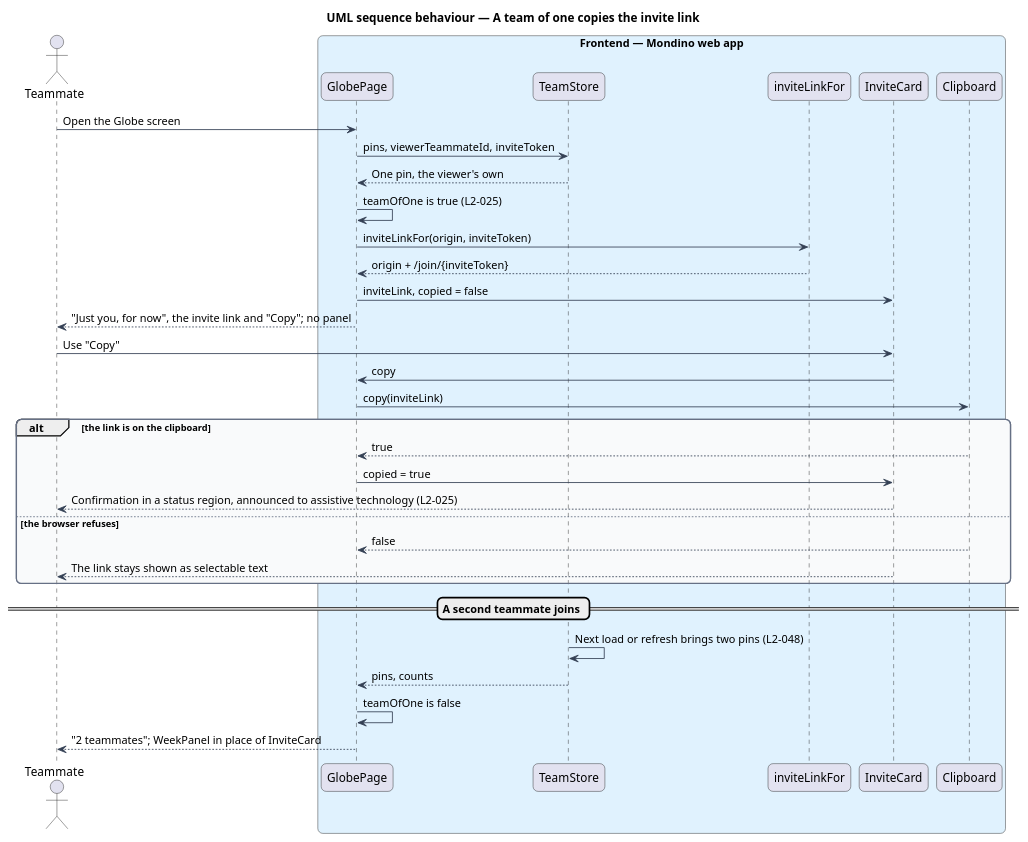
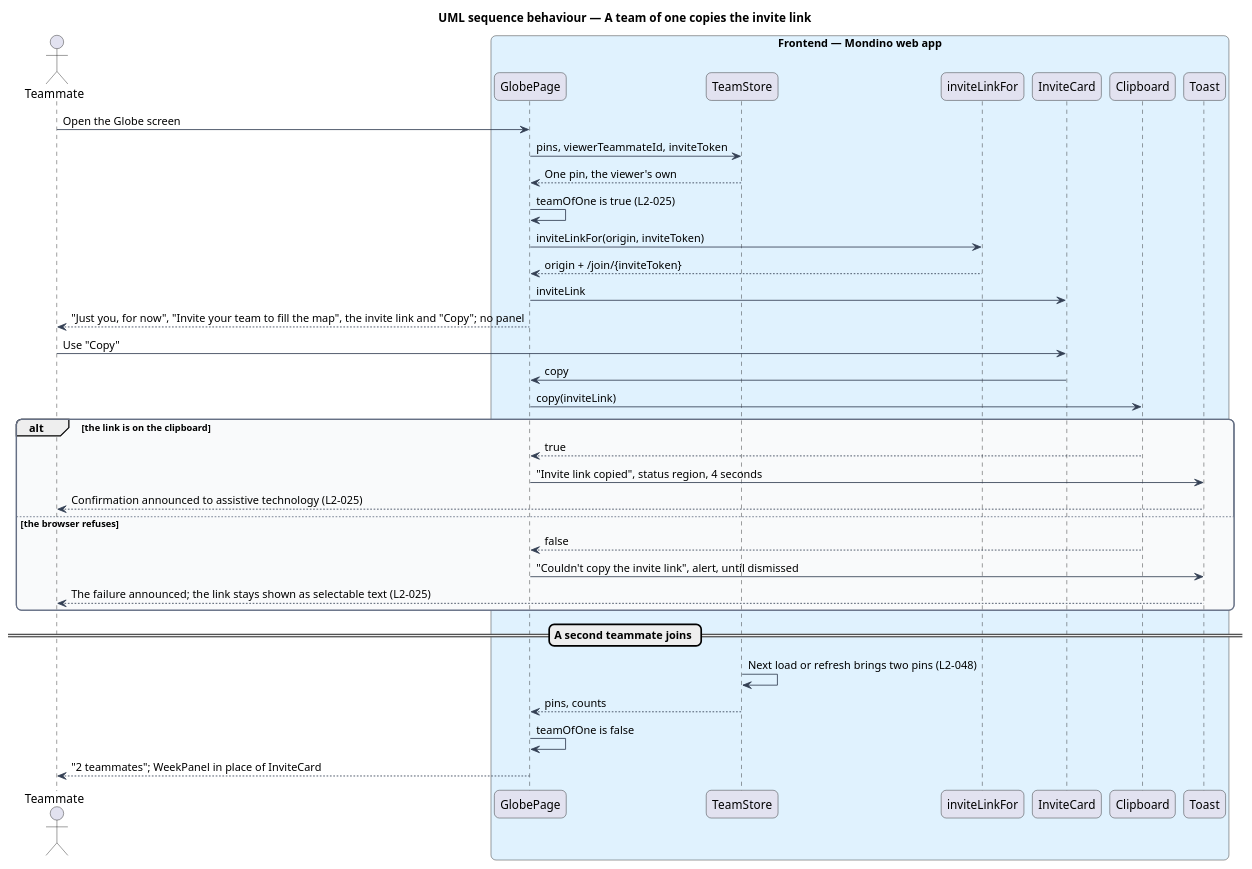
The diagram in docs/detailed-designs/team/view-week-around-the-world/diagrams/sequence-copy-invite-link.puml (QuinntyneBrown/Mondino), drawn with PlantUML before and after one commit. The commit also changed 5 other files, not shown here.

```diff
--- a/docs/detailed-designs/team/view-week-around-the-world/diagrams/sequence-copy-invite-link.puml
+++ b/docs/detailed-designs/team/view-week-around-the-world/diagrams/sequence-copy-invite-link.puml
@@ -1,49 +1,51 @@
 @startuml
 title UML sequence behaviour — A team of one copies the invite link
 skinparam backgroundColor #FFFFFF
 skinparam shadowing false
 skinparam roundcorner 12
 skinparam defaultFontName Arial
 skinparam ArrowColor #344054
 skinparam rectangle {
   BorderColor #344054
   FontColor #101828
 }
 skinparam package {
   BorderColor #667085
   FontColor #101828
   BackgroundColor #F9FAFB
 }
 actor "Teammate" as actor
 box "Frontend — Mondino web app" #E0F2FE
   participant "GlobePage" as page
   participant "TeamStore" as store
   participant "inviteLinkFor" as fn
   participant "InviteCard" as card
   participant "Clipboard" as clip
+  participant "Toast" as toast
 end box
 actor -> page : Open the Globe screen
 page -> store : pins, viewerTeammateId, inviteToken
 store --> page : One pin, the viewer's own
 page -> page : teamOfOne is true (L2-025)
 page -> fn : inviteLinkFor(origin, inviteToken)
 fn --> page : origin + /join/{inviteToken}
-page -> card : inviteLink, copied = false
-page --> actor : "Just you, for now", the invite link and "Copy"; no panel
+page -> card : inviteLink
+page --> actor : "Just you, for now", "Invite your team to fill the map", the invite link and "Copy"; no panel
 actor -> card : Use "Copy"
 card -> page : copy
 page -> clip : copy(inviteLink)
 alt the link is on the clipboard
   clip --> page : true
-  page -> card : copied = true
-  card --> actor : Confirmation in a status region, announced to assistive technology (L2-025)
+  page -> toast : "Invite link copied", status region, 4 seconds
+  toast --> actor : Confirmation announced to assistive technology (L2-025)
 else the browser refuses
   clip --> page : false
-  card --> actor : The link stays shown as selectable text
+  page -> toast : "Couldn't copy the invite link", alert, until dismissed
+  toast --> actor : The failure announced; the link stays shown as selectable text (L2-025)
 end
 == A second teammate joins ==
 store -> store : Next load or refresh brings two pins (L2-048)
 store --> page : pins, counts
 page -> page : teamOfOne is false
 page --> actor : "2 teammates"; WeekPanel in place of InviteCard
 @enduml
```
